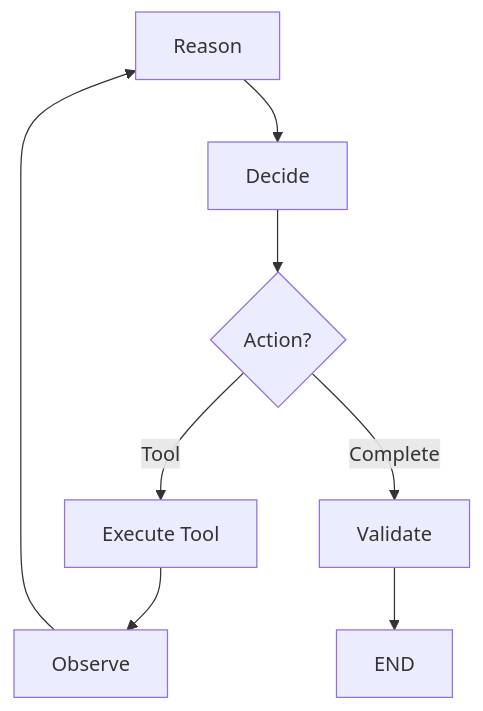
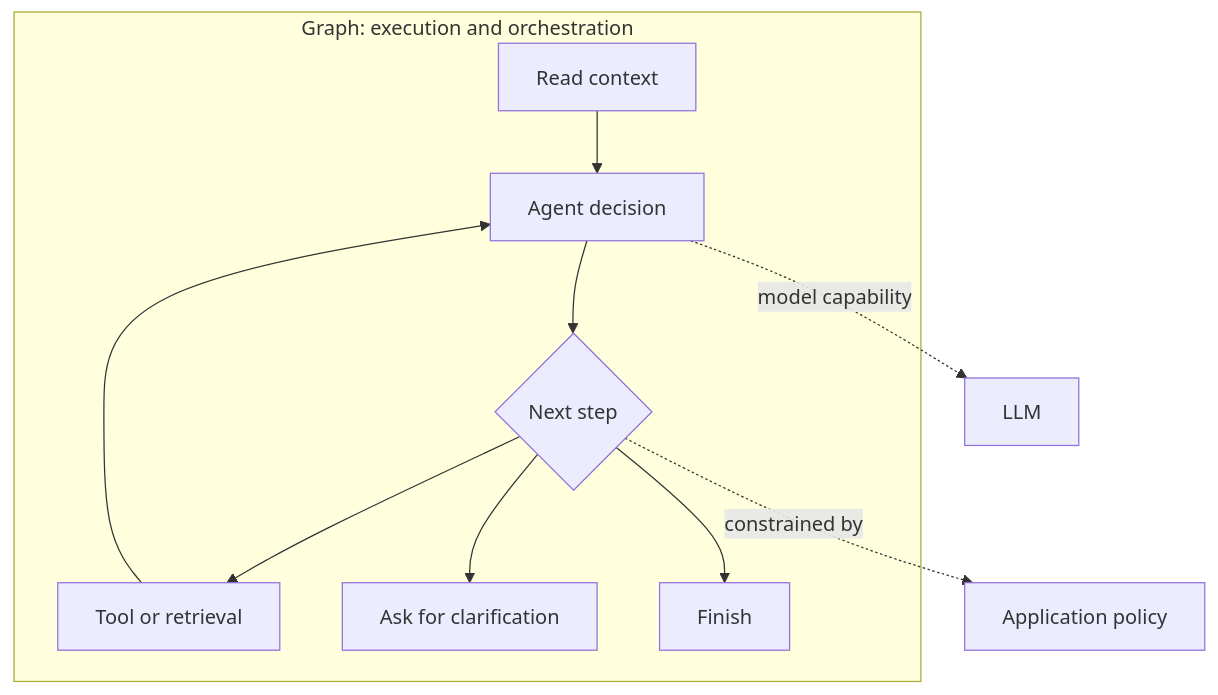
One commit to MihirKJha/enterprise-ai-engineering-handbook changed the second of 8 diagrams in docs/08-ai-engineering-frameworks/langgraph/18-graph-based-agent-architecture.md. Above: the diagram before and after it, drawn with Mermaid. The commit also changed other lines of this file and 10 other files, not shown here.

````diff
--- a/docs/08-ai-engineering-frameworks/langgraph/18-graph-based-agent-architecture.md
+++ b/docs/08-ai-engineering-frameworks/langgraph/18-graph-based-agent-architecture.md
@@ -599,17 +74,13 @@
 ```mermaid
-flowchart TD
-
-    A[Reason] --> B[Decide]
-
-    B --> C{Action?}
-
-    C -->|Tool| D[Execute Tool]
-
-    D --> E[Observe]
-
-    E --> A
-
-    C -->|Complete| F[Validate]
-
-    F --> G[END]
+flowchart TB
+    subgraph G["Graph: execution and orchestration"]
+        A[Read context] --> B[Agent decision]
+        B --> C{Next step}
+        C --> D[Tool or retrieval]
+        C --> E[Ask for clarification]
+        C --> F[Finish]
+        D --> B
+    end
+    B -. model capability .-> L[LLM]
+    C -. constrained by .-> P[Application policy]
 ```
````
